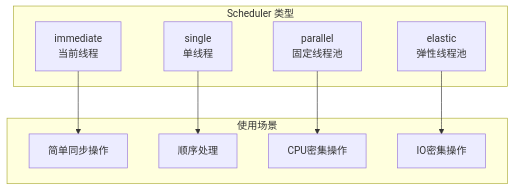
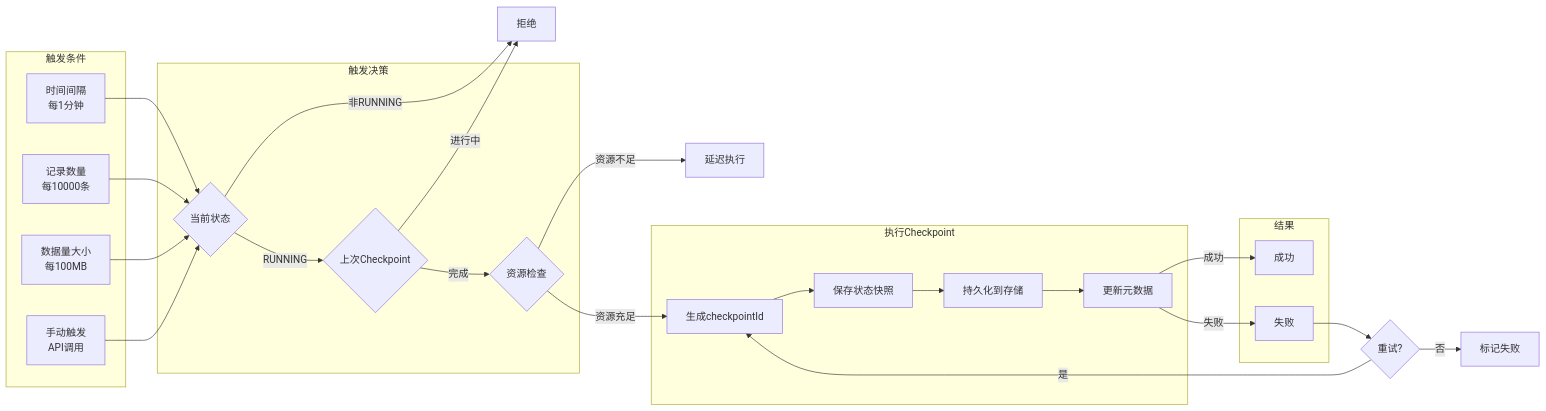
Before and after one commit to 312268112/advanced-java: the tenth of 12 diagrams in pipeline-framework-design.md, drawn with Mermaid. The commit also changed other lines of this file, not shown here.

````diff
--- a/pipeline-framework-design.md
+++ b/pipeline-framework-design.md
@@ -694,16 +774,50 @@
 ```mermaid
-graph TB
-    subgraph "Scheduler 类型"
-        Immediate[immediate<br/>当前线程]
-        Single[single<br/>单线程]
-        Parallel[parallel<br/>固定线程池]
-        Elastic[elastic<br/>弹性线程池]
+graph LR
+    subgraph "触发条件"
+        T1[时间间隔<br/>每1分钟]
+        T2[记录数量<br/>每10000条]
+        T3[数据量大小<br/>每100MB]
+        T4[手动触发<br/>API调用]
     end
     
-    subgraph "使用场景"
-        Immediate --> S1[简单同步操作]
-        Single --> S2[顺序处理]
-        Parallel --> S3[CPU密集操作]
-        Elastic --> S4[IO密集操作]
+    subgraph "触发决策"
+        D1{当前状态}
+        D2{上次Checkpoint}
+        D3{资源检查}
     end
+    
+    subgraph "执行Checkpoint"
+        E1[生成checkpointId]
+        E2[保存状态快照]
+        E3[持久化到存储]
+        E4[更新元数据]
+    end
+    
+    subgraph "结果"
+        R1[成功]
+        R2[失败]
+    end
+    
+    T1 --> D1
+    T2 --> D1
+    T3 --> D1
+    T4 --> D1
+    
+    D1 -->|非RUNNING| Reject[拒绝]
+    D1 -->|RUNNING| D2
+    
+    D2 -->|进行中| Reject
+    D2 -->|完成| D3
+    
+    D3 -->|资源不足| Delay[延迟执行]
+    D3 -->|资源充足| E1
+    
+    E1 --> E2 --> E3 --> E4
+    
+    E4 -->|成功| R1
+    E4 -->|失败| R2
+    
+    R2 --> Retry{重试?}
+    Retry -->|是| E1
+    Retry -->|否| Failed[标记失败]
 ```
````
